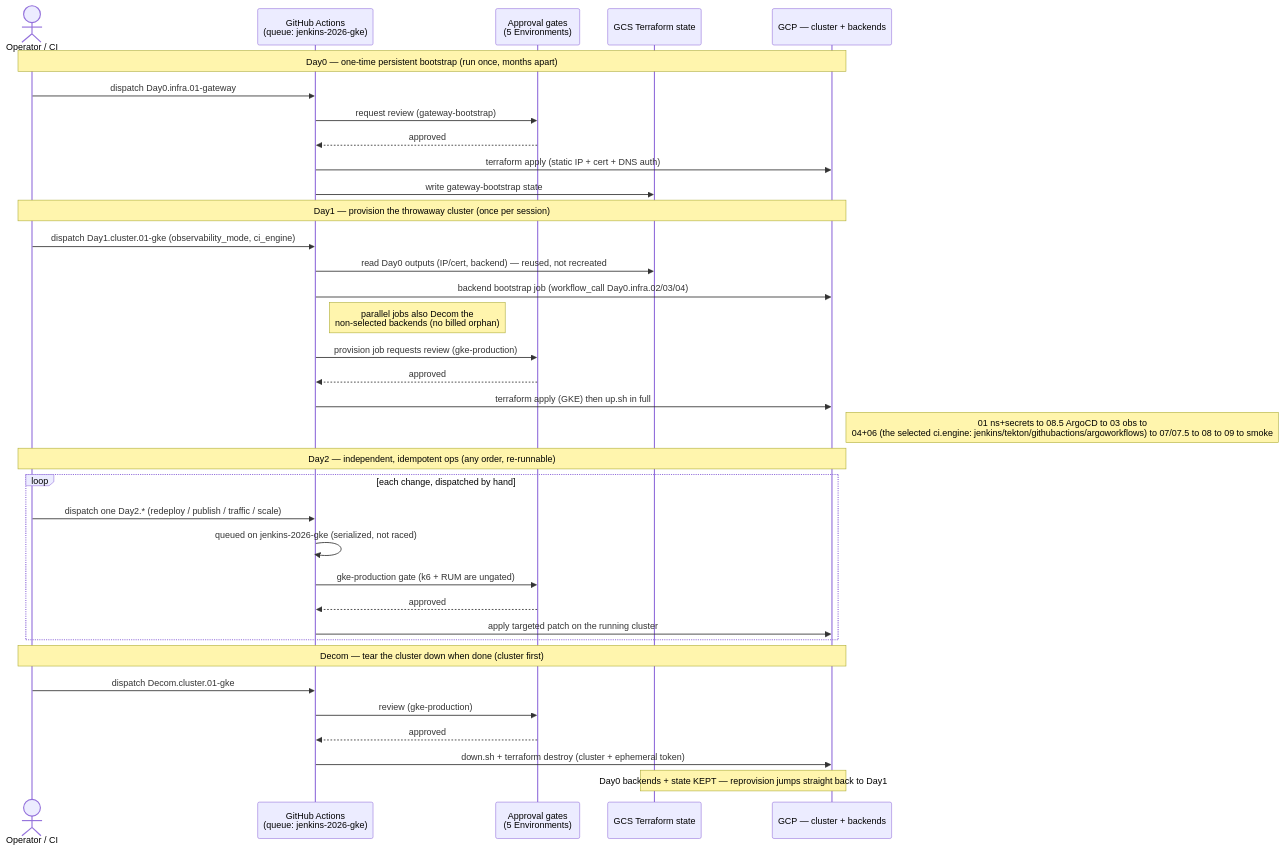
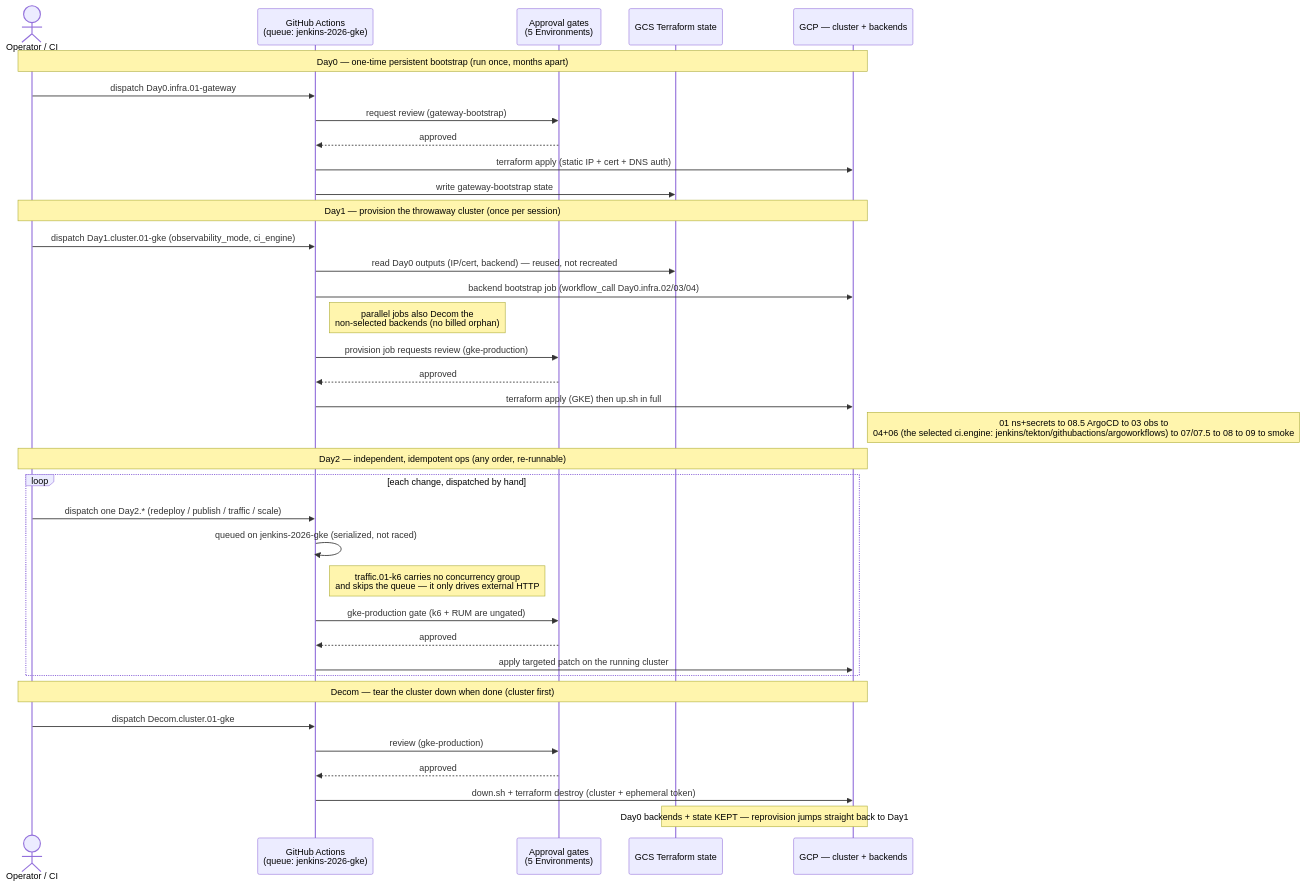
One commit to nubenetes/jenkins-2026 changed the eighth of 10 diagrams in docs/101-GITHUB_ACTIONS_WORKFLOWS.md. Above: the diagram before and after it, drawn with Mermaid. The commit also changed other lines of this file and 48 other files, not shown here.

````diff
--- a/docs/101-GITHUB_ACTIONS_WORKFLOWS.md
+++ b/docs/101-GITHUB_ACTIONS_WORKFLOWS.md
@@ -592,41 +593,42 @@
 ```mermaid
 sequenceDiagram
     actor Op as Operator / CI
     participant GH as GitHub Actions<br/>(queue: jenkins-2026-gke)
     participant Env as Approval gates<br/>(5 Environments)
     participant GCS as GCS Terraform state
     participant GCP as GCP — cluster + backends
 
     Note over Op,GCP: Day0 — one-time persistent bootstrap (run once, months apart)
     Op->>GH: dispatch Day0.infra.01-gateway
     GH->>Env: request review (gateway-bootstrap)
     Env-->>GH: approved
     GH->>GCP: terraform apply (static IP + cert + DNS auth)
     GH->>GCS: write gateway-bootstrap state
 
     Note over Op,GCP: Day1 — provision the throwaway cluster (once per session)
     Op->>GH: dispatch Day1.cluster.01-gke (observability_mode, ci_engine)
     GH->>GCS: read Day0 outputs (IP/cert, backend) — reused, not recreated
     GH->>GCP: backend bootstrap job (workflow_call Day0.infra.02/03/04)
     Note right of GH: parallel jobs also Decom the<br/>non-selected backends (no billed orphan)
     GH->>Env: provision job requests review (gke-production)
     Env-->>GH: approved
     GH->>GCP: terraform apply (GKE) then up.sh in full
     Note right of GCP: 01 ns+secrets to 08.5 ArgoCD to 03 obs to<br/>04+06 (the selected ci.engine: jenkins/tekton/githubactions/argoworkflows) to 07/07.5 to 08 to 09 to smoke
 
     Note over Op,GCP: Day2 — independent, idempotent ops (any order, re-runnable)
     loop each change, dispatched by hand
         Op->>GH: dispatch one Day2.* (redeploy / publish / traffic / scale)
         GH->>GH: queued on jenkins-2026-gke (serialized, not raced)
+        Note right of GH: traffic.01-k6 carries no concurrency group<br/>and skips the queue — it only drives external HTTP
         GH->>Env: gke-production gate (k6 + RUM are ungated)
         Env-->>GH: approved
         GH->>GCP: apply targeted patch on the running cluster
     end
 
     Note over Op,GCP: Decom — tear the cluster down when done (cluster first)
     Op->>GH: dispatch Decom.cluster.01-gke
     GH->>Env: review (gke-production)
     Env-->>GH: approved
     GH->>GCP: down.sh + terraform destroy (cluster + ephemeral token)
     Note over GCS,GCP: Day0 backends + state KEPT — reprovision jumps straight back to Day1
 ```
````
